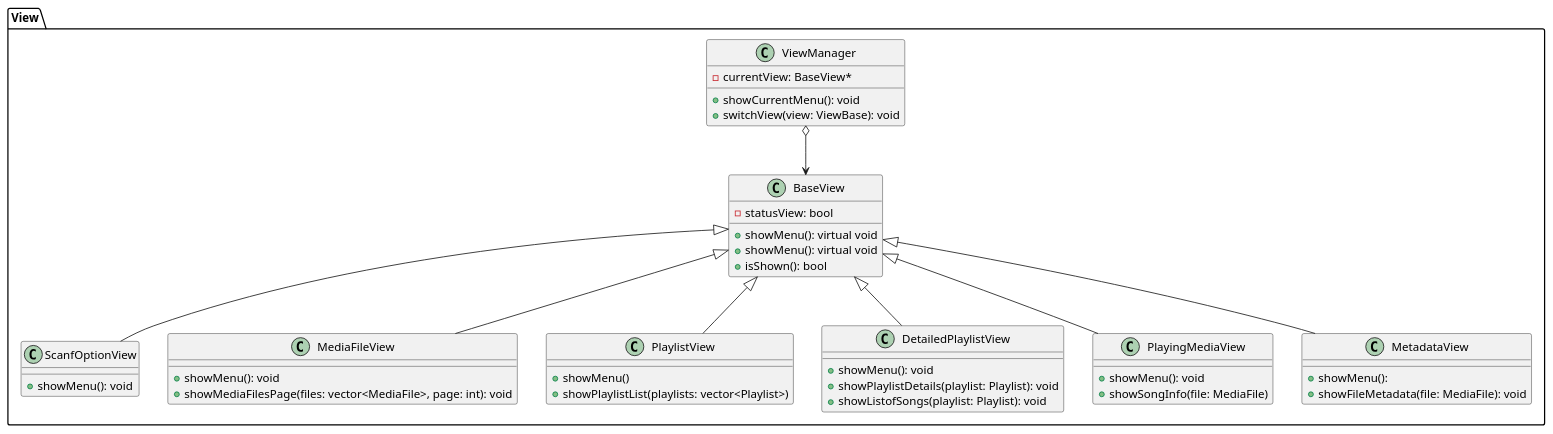
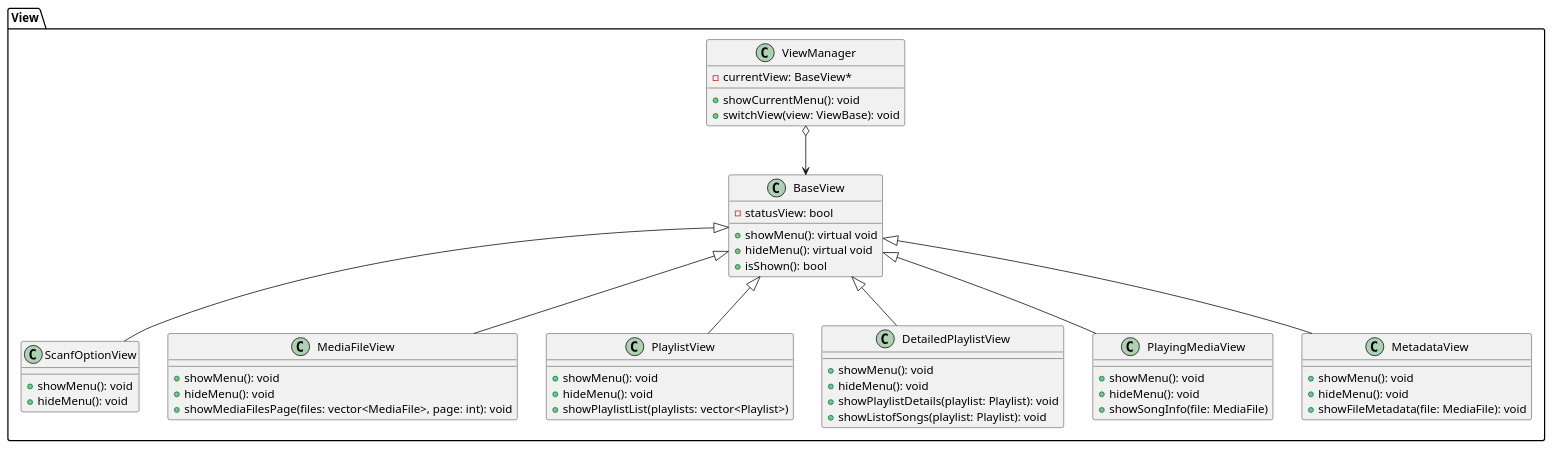
The diagram in project/docs/view/view.plantuml (Weizy-NTT/Spotify-rep-1-1), drawn with PlantUML before and after one commit. The commit also changed 44 other files, not shown here.

```diff
--- a/project/docs/view/view.plantuml
+++ b/project/docs/view/view.plantuml
@@ -1,55 +1,61 @@
 @startuml view
 
 package View {
     class BaseView { 
         - statusView: bool
         + showMenu(): virtual void
-        + showMenu(): virtual void
+        + hideMenu(): virtual void
         + isShown(): bool
     }
 
     class ScanfOptionView {
         + showMenu(): void
+        + hideMenu(): void
     }
 
     class MediaFileView {
         + showMenu(): void
+        + hideMenu(): void
         + showMediaFilesPage(files: vector<MediaFile>, page: int): void
     }
 
     class PlaylistView {
-        + showMenu()
+        + showMenu(): void
+        + hideMenu(): void
         + showPlaylistList(playlists: vector<Playlist>)
     }
 
     class DetailedPlaylistView {
         + showMenu(): void
+        + hideMenu(): void
         + showPlaylistDetails(playlist: Playlist): void
         + showListofSongs(playlist: Playlist): void
     }
 
     class PlayingMediaView {
         + showMenu(): void
+        + hideMenu(): void
         + showSongInfo(file: MediaFile)
     }
 
     class MetadataView {
-        + showMenu():
+        + showMenu(): void
+        + hideMenu(): void
         + showFileMetadata(file: MediaFile): void
     }
 
     class ViewManager {
         - currentView: BaseView*
         + showCurrentMenu(): void
         + switchView(view: ViewBase): void
     }
     ViewManager o--> BaseView
     BaseView <|-- ScanfOptionView
     BaseView <|-- MediaFileView
     BaseView <|-- PlaylistView
     BaseView <|-- DetailedPlaylistView
     BaseView <|-- PlayingMediaView
     BaseView <|-- MetadataView
 }
 
 @enduml
```
